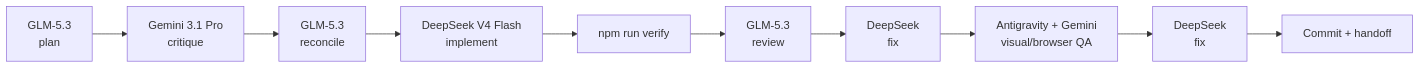
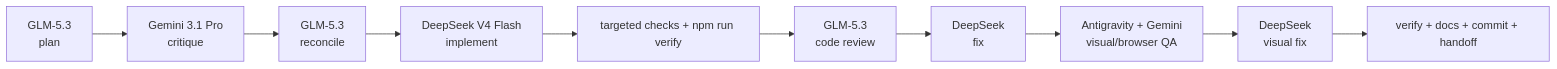
One commit to mmoptibuilds-commits/portfolio-setup changed the second of 2 diagrams in README.md. Above: the diagram before and after it, drawn with Mermaid. The commit also changed other lines of this file and 9 other files, not shown here.

````diff
--- a/README.md
+++ b/README.md
@@ -38,12 +67,12 @@
 ```mermaid
 flowchart LR
     A["GLM-5.3<br/>plan"] --> B["Gemini 3.1 Pro<br/>critique"]
     B --> C["GLM-5.3<br/>reconcile"]
     C --> D["DeepSeek V4 Flash<br/>implement"]
-    D --> E["npm run verify"]
-    E --> F["GLM-5.3<br/>review"]
+    D --> E["targeted checks + npm run verify"]
+    E --> F["GLM-5.3<br/>code review"]
     F --> G["DeepSeek<br/>fix"]
     G --> H["Antigravity + Gemini<br/>visual/browser QA"]
-    H --> I["DeepSeek<br/>fix"]
-    I --> J["Commit + handoff"]
+    H --> I["DeepSeek<br/>visual fix"]
+    I --> J["verify + docs + commit + handoff"]
 ```
````
